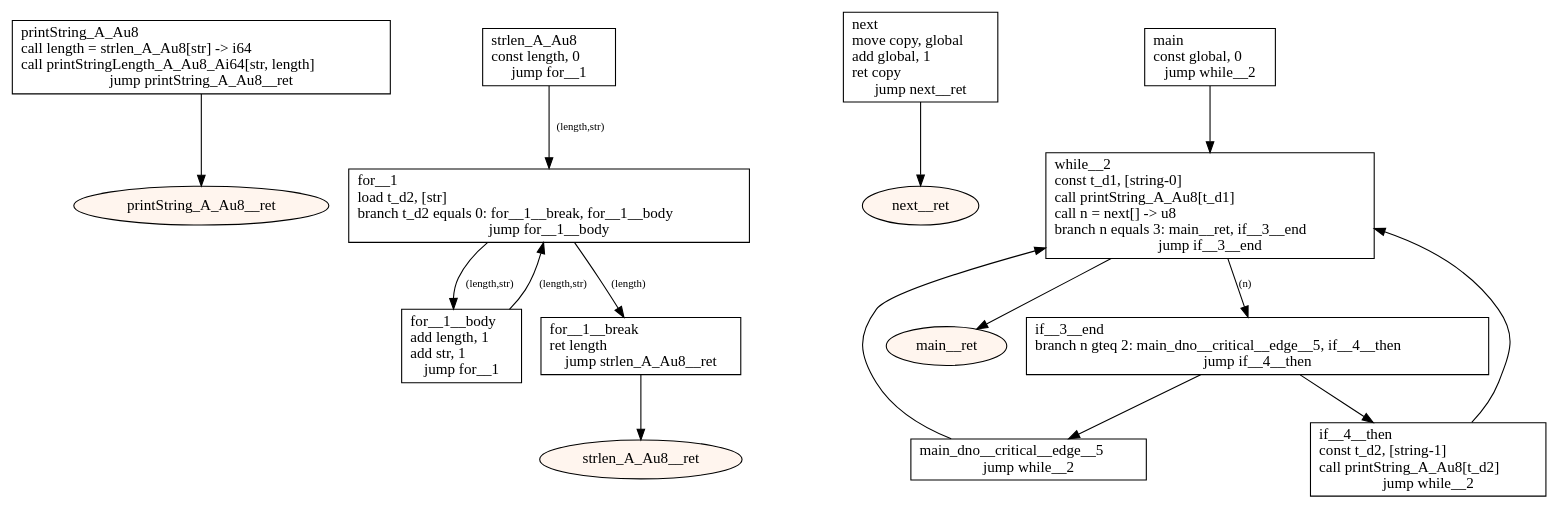
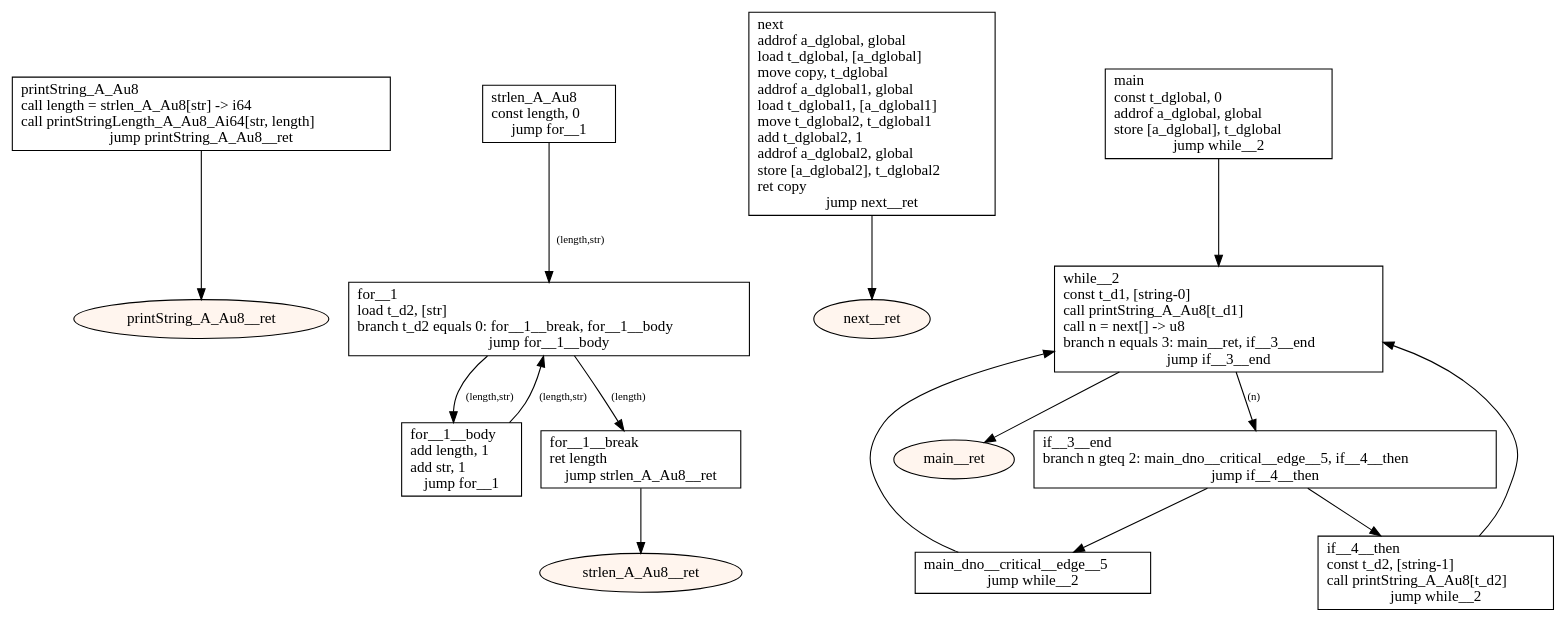
The diagram in src/main/resources-test/compiler/windows/global vars2.dot (tmssngr/tinyC), drawn with Graphviz before and after one commit. The commit also changed 8 other files, not shown here.

```diff
--- a/src/main/resources-test/compiler/windows/global vars2.dot
+++ b/src/main/resources-test/compiler/windows/global vars2.dot
@@ -1,40 +1,40 @@
 digraph program {
 	edge[fontsize="10pt"];
 	subgraph fn_printString_A_Au8 {
 		BasicBlock_0_printString_A_Au8 [label="printString_A_Au8\lcall length = strlen_A_Au8[str] -> i64\lcall printStringLength_A_Au8_Ai64[str, length]\ljump printString_A_Au8__ret",shape=box];
 		BasicBlock_0_printString_A_Au8 -> BasicBlock_0_printString_A_Au8__ret;
 		BasicBlock_0_printString_A_Au8__ret [label="printString_A_Au8__ret",shape=oval,style=filled,fillcolor="#fff5ee"];
 	}
 	subgraph fn_strlen_A_Au8 {
 		BasicBlock_1_strlen_A_Au8 [label="strlen_A_Au8\lconst length, 0\ljump for__1",shape=box];
 		BasicBlock_1_strlen_A_Au8 -> BasicBlock_1_for__1 [label="(length,str)"];
 		BasicBlock_1_for__1__body [label="for__1__body\ladd length, 1\ladd str, 1\ljump for__1",shape=box];
 		BasicBlock_1_for__1__body -> BasicBlock_1_for__1 [label="(length,str)"];
 		BasicBlock_1_for__1 [label="for__1\lload t_d2, [str]\lbranch t_d2 equals 0: for__1__break, for__1__body\ljump for__1__body",shape=box];
 		BasicBlock_1_for__1 -> BasicBlock_1_for__1__break [label="(length)"];
 		BasicBlock_1_for__1 -> BasicBlock_1_for__1__body [label="(length,str)"];
 		BasicBlock_1_for__1__break [label="for__1__break\lret length\ljump strlen_A_Au8__ret",shape=box];
 		BasicBlock_1_for__1__break -> BasicBlock_1_strlen_A_Au8__ret;
 		BasicBlock_1_strlen_A_Au8__ret [label="strlen_A_Au8__ret",shape=oval,style=filled,fillcolor="#fff5ee"];
 	}
 	subgraph fn_next {
-		BasicBlock_2_next [label="next\lmove copy, global\ladd global, 1\lret copy\ljump next__ret",shape=box];
+		BasicBlock_2_next [label="next\laddrof a_dglobal, global\lload t_dglobal, [a_dglobal]\lmove copy, t_dglobal\laddrof a_dglobal1, global\lload t_dglobal1, [a_dglobal1]\lmove t_dglobal2, t_dglobal1\ladd t_dglobal2, 1\laddrof a_dglobal2, global\lstore [a_dglobal2], t_dglobal2\lret copy\ljump next__ret",shape=box];
 		BasicBlock_2_next -> BasicBlock_2_next__ret;
 		BasicBlock_2_next__ret [label="next__ret",shape=oval,style=filled,fillcolor="#fff5ee"];
 	}
 	subgraph fn_main {
-		BasicBlock_3_main [label="main\lconst global, 0\ljump while__2",shape=box];
+		BasicBlock_3_main [label="main\lconst t_dglobal, 0\laddrof a_dglobal, global\lstore [a_dglobal], t_dglobal\ljump while__2",shape=box];
 		BasicBlock_3_main -> BasicBlock_3_while__2;
 		BasicBlock_3_if__3__end [label="if__3__end\lbranch n gteq 2: main_dno__critical__edge__5, if__4__then\ljump if__4__then",shape=box];
 		BasicBlock_3_if__3__end -> BasicBlock_3_main_dno__critical__edge__5;
 		BasicBlock_3_if__3__end -> BasicBlock_3_if__4__then;
 		BasicBlock_3_main_dno__critical__edge__5 [label="main_dno__critical__edge__5\ljump while__2",shape=box];
 		BasicBlock_3_main_dno__critical__edge__5 -> BasicBlock_3_while__2;
 		BasicBlock_3_if__4__then [label="if__4__then\lconst t_d2, [string-1]\lcall printString_A_Au8[t_d2]\ljump while__2",shape=box];
 		BasicBlock_3_if__4__then -> BasicBlock_3_while__2;
 		BasicBlock_3_while__2 [label="while__2\lconst t_d1, [string-0]\lcall printString_A_Au8[t_d1]\lcall n = next[] -> u8\lbranch n equals 3: main__ret, if__3__end\ljump if__3__end",shape=box];
 		BasicBlock_3_while__2 -> BasicBlock_3_main__ret;
 		BasicBlock_3_while__2 -> BasicBlock_3_if__3__end [label="(n)"];
 		BasicBlock_3_main__ret [label="main__ret",shape=oval,style=filled,fillcolor="#fff5ee"];
 	}
 }
```
